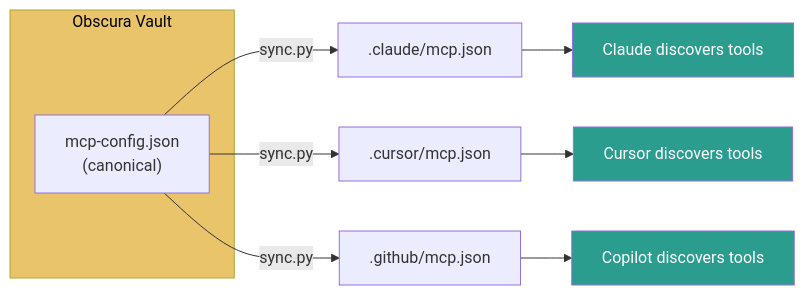
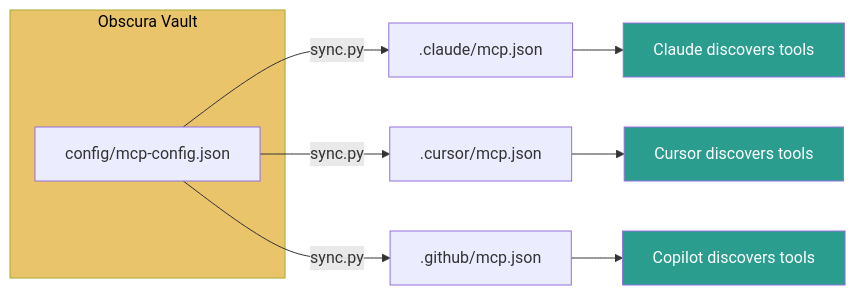
Before and after one commit to ElliottBregni/obscura: the seventh of 22 diagrams in docs/PLATFORM-ARCHITECTURE.md, drawn with Mermaid. The commit also changed 59 other files, not shown here.

````diff
--- a/docs/PLATFORM-ARCHITECTURE.md
+++ b/docs/PLATFORM-ARCHITECTURE.md
@@ -246,19 +246,19 @@
 ```mermaid
 flowchart LR
     subgraph Vault["Obscura Vault"]
-        MC["mcp-config.json<br/>(canonical)"]
+        MC["config/mcp-config.json"]
     end
 
     MC -->|sync.py| C1[".claude/mcp.json"]
     MC -->|sync.py| C2[".cursor/mcp.json"]
     MC -->|sync.py| C3[".github/mcp.json"]
 
     C1 --> A1["Claude discovers tools"]
     C2 --> A2["Cursor discovers tools"]
     C3 --> A3["Copilot discovers tools"]
 
     style Vault fill:#e9c46a,color:#000
     style A1 fill:#2a9d8f,color:#fff
     style A2 fill:#2a9d8f,color:#fff
     style A3 fill:#2a9d8f,color:#fff
 ```
````
